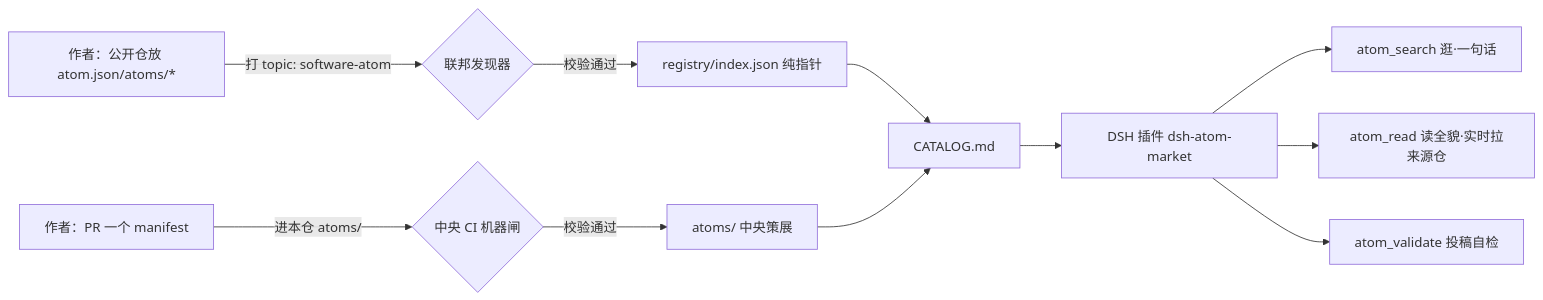
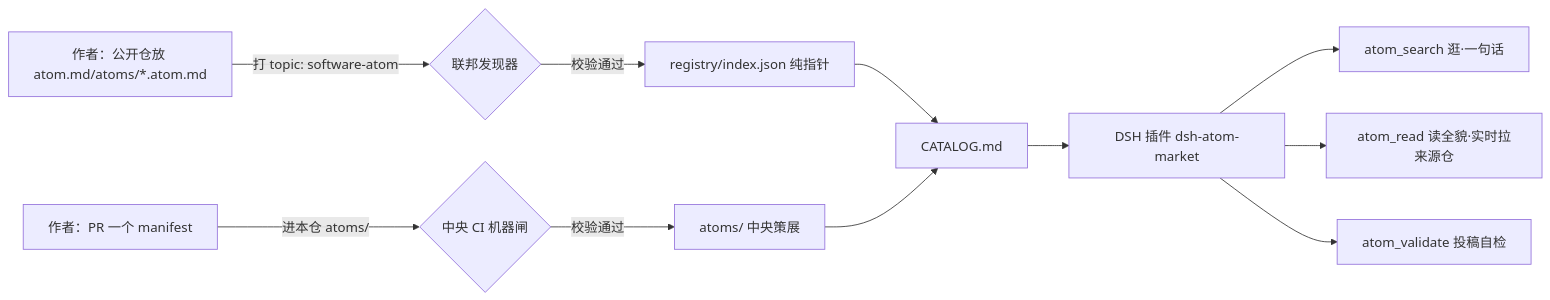
Before and after one commit to ZiFan1117/software-atom-market: the diagram in README.md, drawn with Mermaid. The commit also changed other lines of this file and 21 other files, not shown here.

````diff
--- a/README.md
+++ b/README.md
@@ -27,13 +27,13 @@
 ```mermaid
 flowchart LR
-  A[作者：公开仓放 atom.json/atoms/*] -- 打 topic: software-atom --> D{联邦发现器}
+  A[作者：公开仓放 atom.md/atoms/*.atom.md] -- 打 topic: software-atom --> D{联邦发现器}
   B[作者：PR 一个 manifest] -- 进本仓 atoms/ --> C{中央 CI 机器闸}
   D -- 校验通过 --> R[registry/index.json 纯指针]
   C -- 校验通过 --> A2[atoms/ 中央策展]
   R --> CAT[CATALOG.md]
   A2 --> CAT
   CAT --> P[DSH 插件 dsh-atom-market]
   P --> S1[atom_search 逛·一句话]
   P --> S2[atom_read 读全貌·实时拉来源仓]
   P --> S3[atom_validate 投稿自检]
 ```
````
